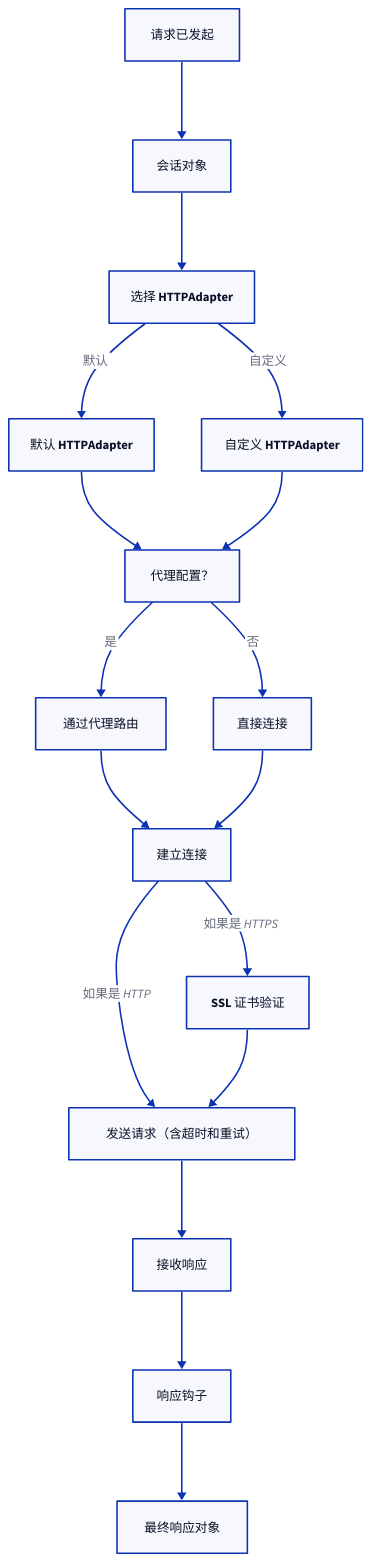
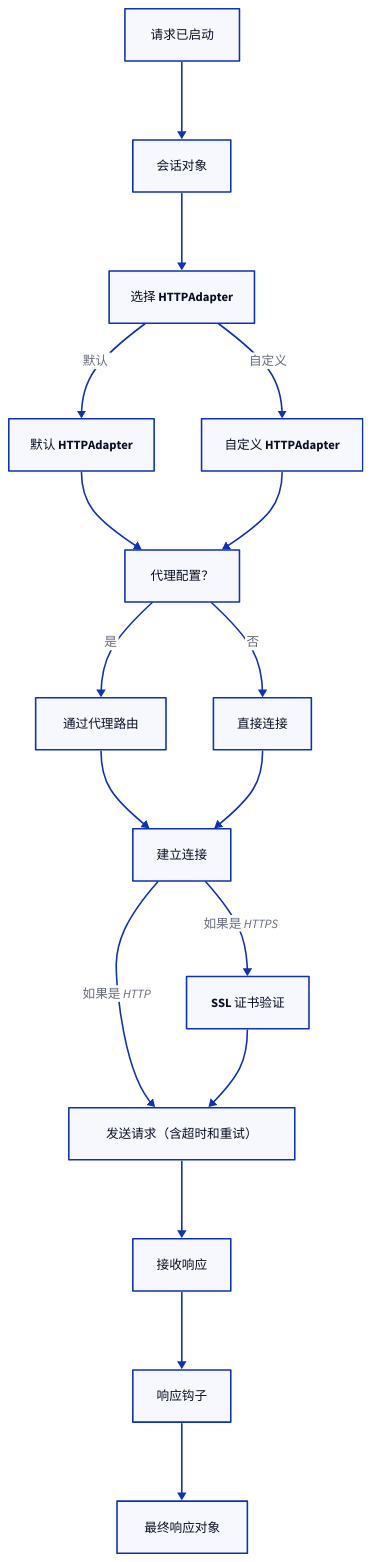
The diagram in .aigne/doc-smith/docs/advanced-usage.zh.md (lban2049/requests), drawn with D2 before and after one commit. The commit also changed other lines of this file and 31 other files, not shown here.

````diff
--- a/.aigne/doc-smith/docs/advanced-usage.zh.md
+++ b/.aigne/doc-smith/docs/advanced-usage.zh.md
@@ -7,26 +7,26 @@
 ```d2
 direction: down
 
-"请求已发起" -> "会话对象"
+"请求已启动" -> "会话对象"
 "会话对象" -> "选择 HTTPAdapter"
 
 "选择 HTTPAdapter" -> "默认 HTTPAdapter": "默认"
 "选择 HTTPAdapter" -> "自定义 HTTPAdapter": "自定义"
 
 "默认 HTTPAdapter" -> "代理配置？"
 "自定义 HTTPAdapter" -> "代理配置？"
 
 "代理配置？" -> "通过代理路由": "是"
 "代理配置？" -> "直接连接": "否"
 
 "通过代理路由" -> "建立连接"
 "直接连接" -> "建立连接"
 
 "建立连接" -> "SSL 证书验证": "如果是 HTTPS"
 "建立连接" -> "发送请求（含超时和重试）": "如果是 HTTP"
 
 "SSL 证书验证" -> "发送请求（含超时和重试）"
 "发送请求（含超时和重试）" -> "接收响应"
 "接收响应" -> "响应钩子"
 "响应钩子" -> "最终响应对象"
 ```
````
